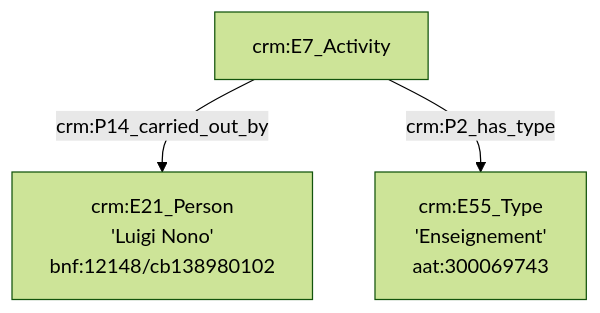
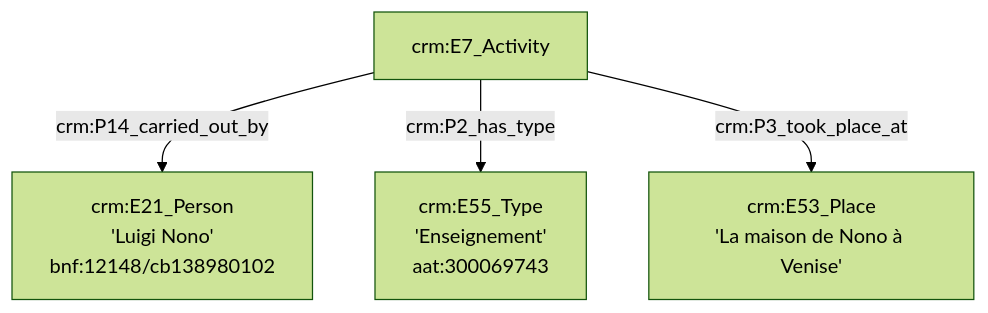
Before and after one commit to GusBraud/OntoMatchGameGus: the second of 2 diagrams in Exemple1.md, drawn with Mermaid (forest theme). The commit also changed other lines of this file, not shown here.

````diff
--- a/Exemple1.md
+++ b/Exemple1.md
@@ -1,12 +15,12 @@
 ```mermaid
 graph TD;
 
 
 A[crm:E7_Activity] --> |crm:P14_carried_out_by| B[crm:E21_Person<br>'Luigi Nono'<br>bnf:12148/cb138980102]
 A[crm:E7_Activity] --> |crm:P2_has_type| C[crm:E55_Type<br>'Enseignement'<br>aat:300069743]
-
+A[crm:E7_Activity] --> |crm:P3_took_place_at| D[crm:E53_Place<br>'La maison de Nono à Venise']
 
 
 
 
 ```
````
